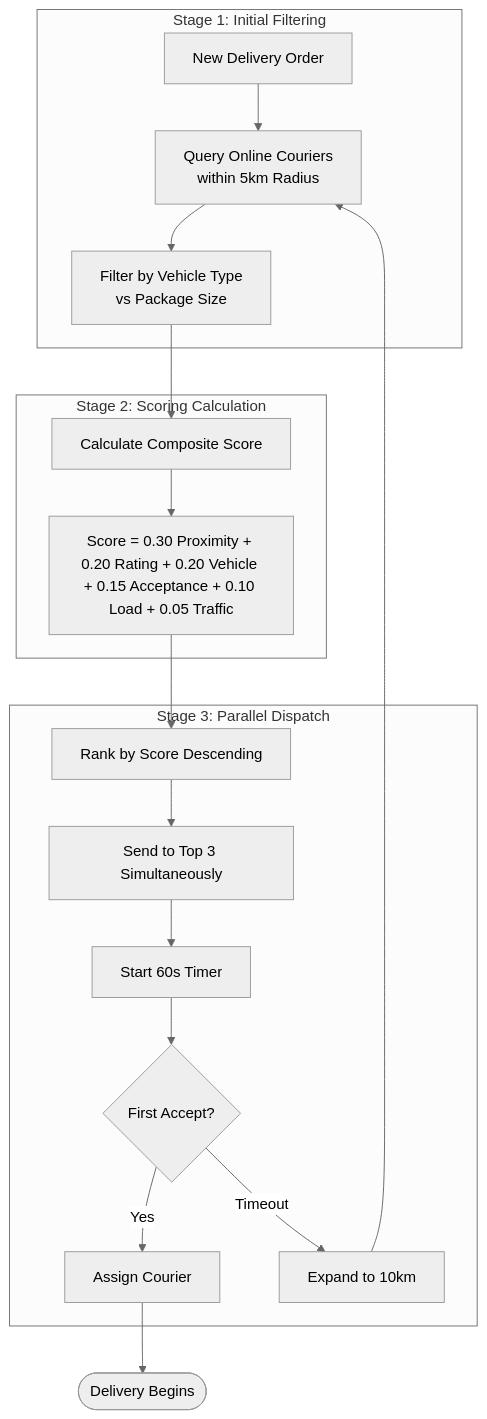
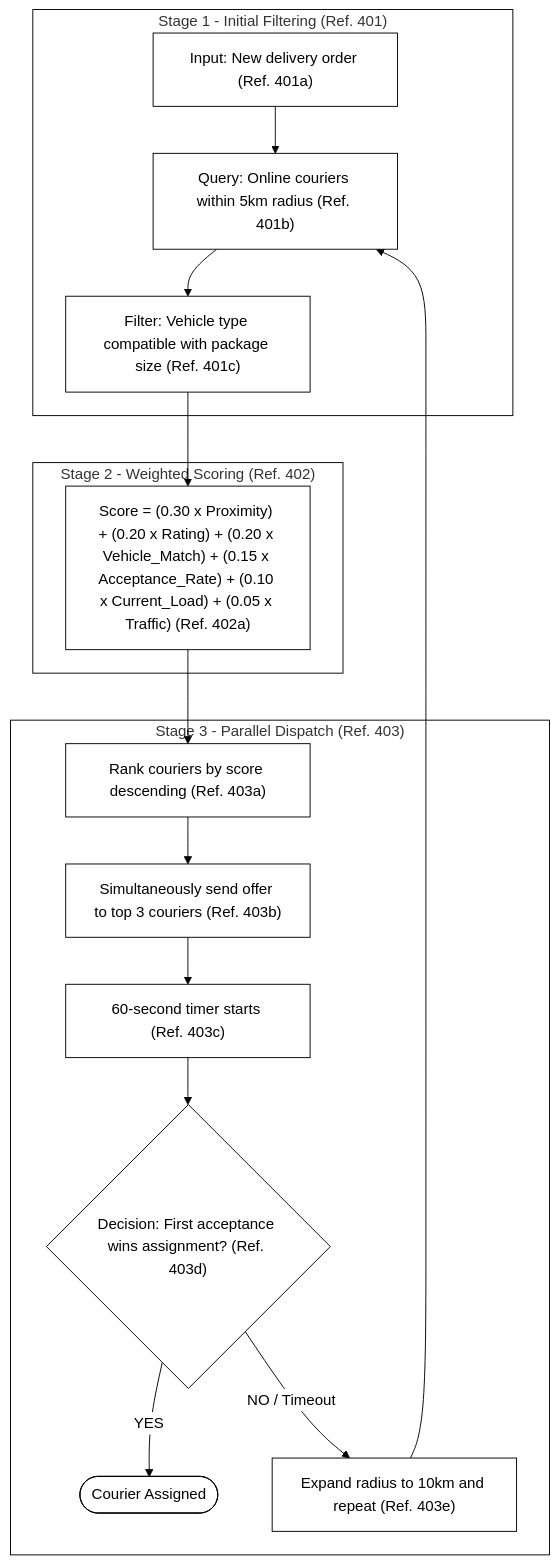
Before and after one commit to SHARKZTECH/SwiftSend_v2: the diagram in diagrams/fig4_courier_matching.mmd, drawn with Mermaid (neutral theme). The commit also changed 19 other files, not shown here.

Commit message:
refactor: standardize and annotate system architecture diagrams with reference IDs and consistent styling.

```diff
--- a/diagrams/fig4_courier_matching.mmd
+++ b/diagrams/fig4_courier_matching.mmd
@@ -1,22 +1,37 @@
 flowchart TD
-    subgraph "Stage 1: Initial Filtering"
-        A[New Delivery Order] --> B[Query Online Couriers<br/>within 5km Radius]
-        B --> C[Filter by Vehicle Type<br/>vs Package Size]
+    classDef default fill:#FFFFFF,stroke:#000000,stroke-width:1px,color:#000000
+    
+    subgraph S1["Stage 1 - Initial Filtering (Ref. 401)"]
+        401a["Input: New delivery order (Ref. 401a)"]
+        401b["Query: Online couriers within 5km radius (Ref. 401b)"]
+        401c["Filter: Vehicle type compatible with package size (Ref. 401c)"]
+        401a --> 401b
+        401b --> 401c
     end
     
-    subgraph "Stage 2: Scoring Calculation"
-        C --> D[Calculate Composite Score]
-        D --> E["Score = 0.30 Proximity + 0.20 Rating + 0.20 Vehicle + 0.15 Acceptance + 0.10 Load + 0.05 Traffic"]
+    subgraph S2["Stage 2 - Weighted Scoring (Ref. 402)"]
+        402a["Score = (0.30 x Proximity) + (0.20 x Rating) + (0.20 x Vehicle_Match) + (0.15 x Acceptance_Rate) + (0.10 x Current_Load) + (0.05 x Traffic) (Ref. 402a)"]
     end
     
-    subgraph "Stage 3: Parallel Dispatch"
-        E --> F[Rank by Score Descending]
-        F --> G[Send to Top 3 Simultaneously]
-        G --> H[Start 60s Timer]
-        H --> I{First Accept?}
-        I -->|Yes| J[Assign Courier]
-        I -->|Timeout| K[Expand to 10km]
-        K --> B
+    subgraph S3["Stage 3 - Parallel Dispatch (Ref. 403)"]
+        403a["Rank couriers by score descending (Ref. 403a)"]
+        403b["Simultaneously send offer to top 3 couriers (Ref. 403b)"]
+        403c["60-second timer starts (Ref. 403c)"]
+        403d{"Decision: First acceptance wins assignment? (Ref. 403d)"}
+        403e["Expand radius to 10km and repeat (Ref. 403e)"]
+        
+        403a --> 403b
+        403b --> 403c
+        403c --> 403d
+        403d -->|YES| 403d_end(["Courier Assigned"])
+        403d -->|NO / Timeout| 403e
     end
     
-    J --> L([Delivery Begins])
+    401c --> 402a
+    402a --> 403a
+    403e --> 401b
+    
+    linkStyle default stroke:#000000,stroke-width:1px
+    style S1 fill:none,stroke:#000000,stroke-width:1px
+    style S2 fill:none,stroke:#000000,stroke-width:1px
+    style S3 fill:none,stroke:#000000,stroke-width:1px
```
